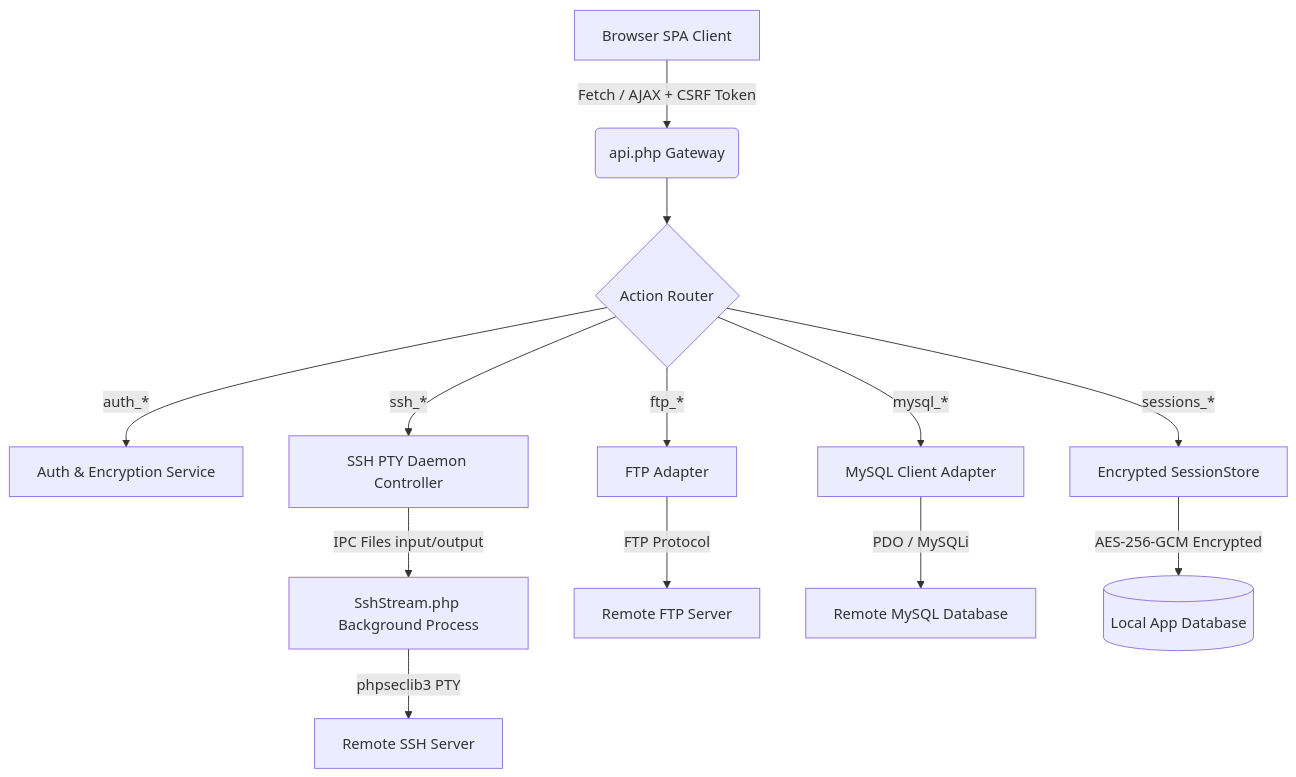
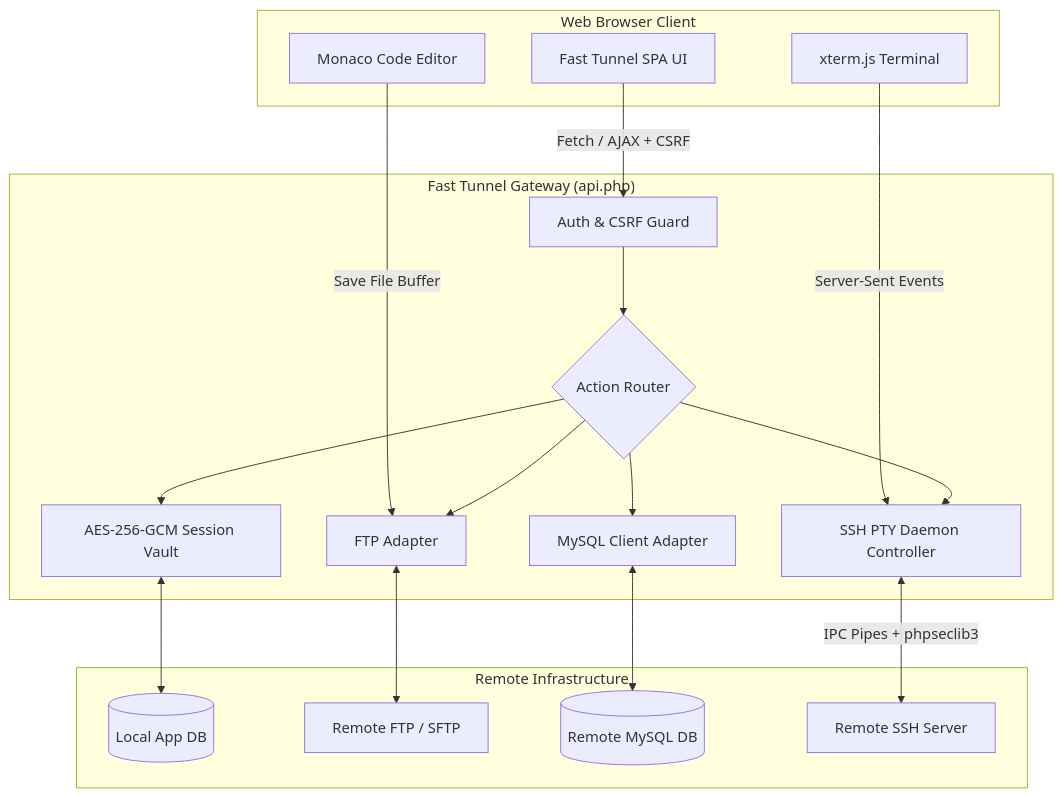
The diagram in README.md (arizu-id/fast-tunnel), drawn with Mermaid before and after one commit. The commit also changed other lines of this file and 23 other files, not shown here.

````diff
--- a/README.md
+++ b/README.md
@@ -45,17 +71,34 @@
 ```mermaid
-graph TD
-    A[Browser SPA Client] -->|Fetch / AJAX + CSRF Token| B(api.php Gateway)
-    B --> C{Action Router}
-    C -->|auth_*| D[Auth & Encryption Service]
-    C -->|sessions_*| E[Encrypted SessionStore]
-    C -->|ftp_*| F[FTP Adapter]
-    C -->|mysql_*| G[MySQL Client Adapter]
-    C -->|ssh_*| H[SSH PTY Daemon Controller]
-    
-    H -->|IPC Files input/output| I[SshStream.php Background Process]
-    I -->|phpseclib3 PTY| J[Remote SSH Server]
-    F -->|FTP Protocol| K[Remote FTP Server]
-    G -->|PDO / MySQLi| L[Remote MySQL Database]
-    
-    E -->|AES-256-GCM Encrypted| M[(Local App Database)]
+flowchart TD
+    subgraph Browser ["Web Browser Client"]
+        A[Fast Tunnel SPA UI]
+        B[xterm.js Terminal]
+        C[Monaco Code Editor]
+    end
+
+    subgraph Server ["Fast Tunnel Gateway (api.php)"]
+        D{Action Router}
+        E[Auth & CSRF Guard]
+        F[AES-256-GCM Session Vault]
+        G[FTP Adapter]
+        H[MySQL Client Adapter]
+        I[SSH PTY Daemon Controller]
+    end
+
+    subgraph Targets ["Remote Infrastructure"]
+        J[(Local App DB)]
+        K[Remote FTP / SFTP]
+        L[(Remote MySQL DB)]
+        M[Remote SSH Server]
+    end
+
+    A -->|Fetch / AJAX + CSRF| E
+    B -->|Server-Sent Events| I
+    C -->|Save File Buffer| G
+
+    E --> D
+    D --> F <--> J
+    D --> G <--> K
+    D --> H <--> L
+    D --> I <-->|IPC Pipes + phpseclib3| M
 ```
````
